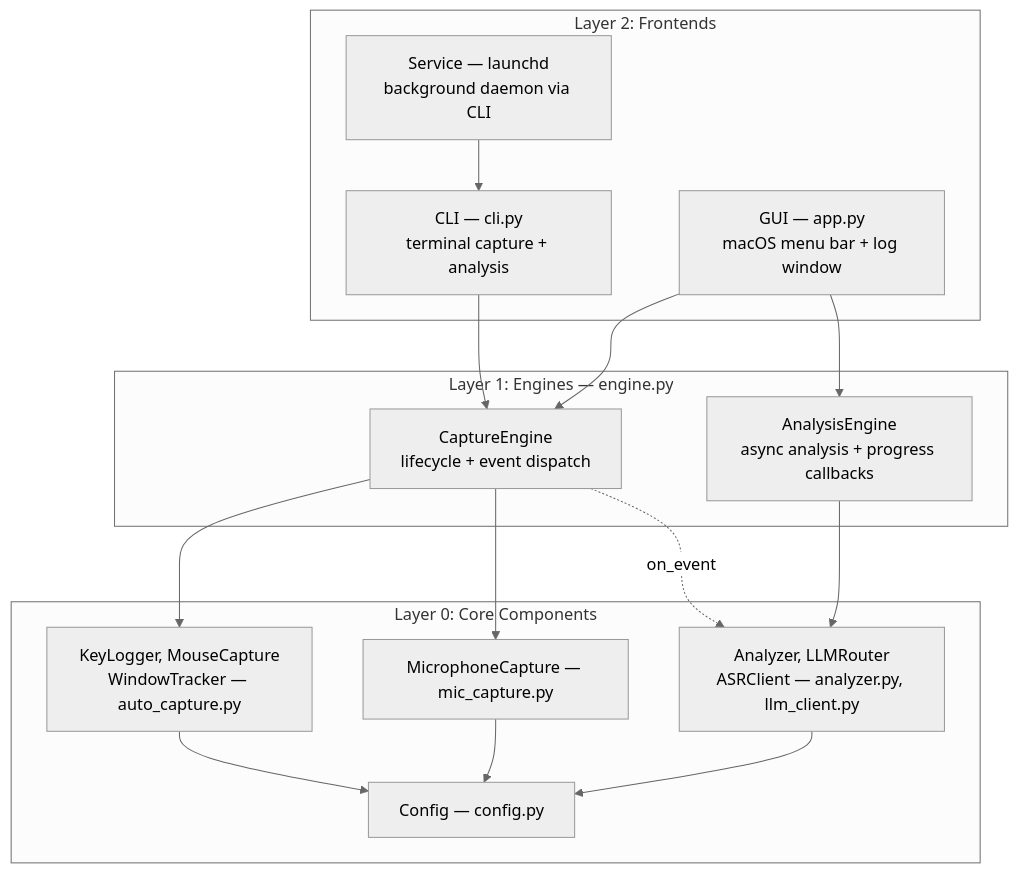
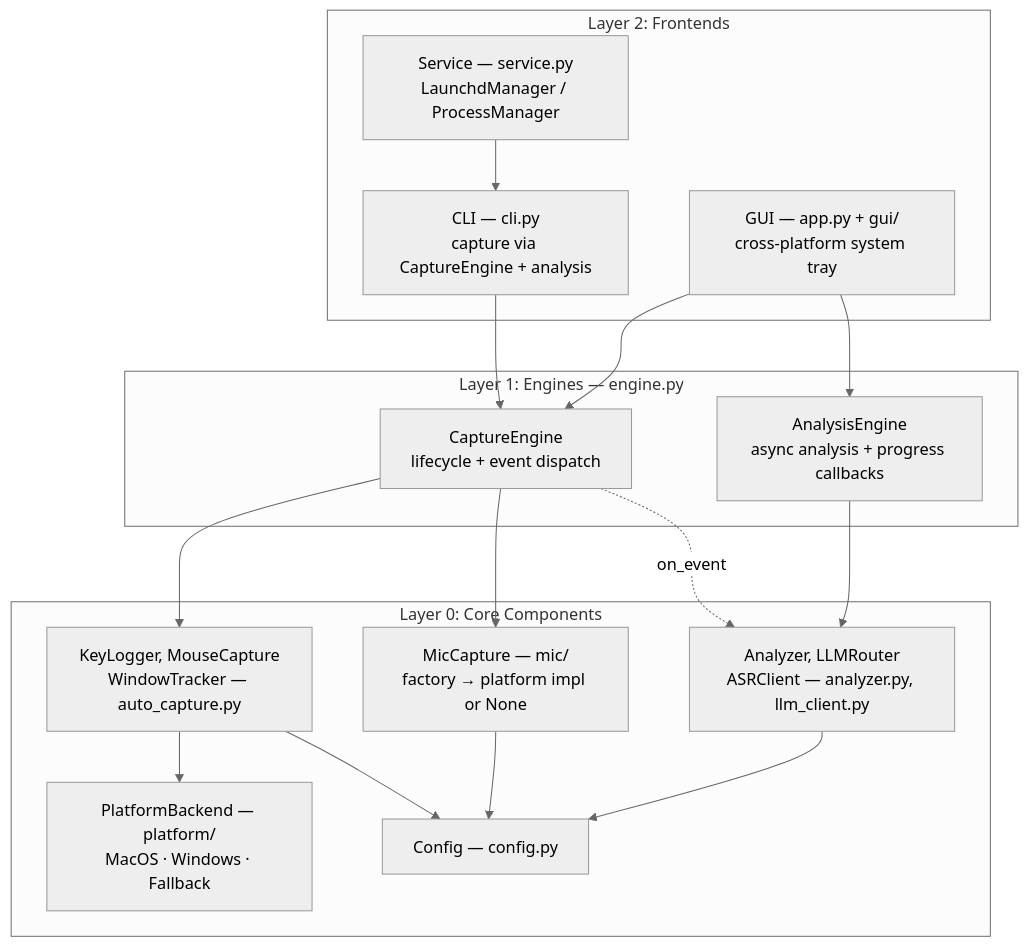
Before and after one commit to daibor/opencapture: the first of 3 diagrams in docs/specs/architecture.md, drawn with Mermaid (neutral theme). The commit also changed other lines of this file and 4 other files, not shown here.

First line of the commit message:
feat: enhance documentation and platform support for OpenCapture

````diff
--- a/docs/specs/architecture.md
+++ b/docs/specs/architecture.md
@@ -9,28 +9,30 @@
 ```mermaid
 graph TD
     subgraph "Layer 2: Frontends"
-        CLI["CLI — cli.py<br/>terminal capture + analysis"]
-        GUI["GUI — app.py<br/>macOS menu bar + log window"]
-        SVC["Service — launchd<br/>background daemon via CLI"]
+        CLI["CLI — cli.py<br/>capture via CaptureEngine + analysis"]
+        GUI["GUI — app.py + gui/<br/>cross-platform system tray"]
+        SVC["Service — service.py<br/>LaunchdManager / ProcessManager"]
     end
 
     subgraph "Layer 1: Engines — engine.py"
         CE["CaptureEngine<br/>lifecycle + event dispatch"]
         AE["AnalysisEngine<br/>async analysis + progress callbacks"]
     end
 
     subgraph "Layer 0: Core Components"
+        PLT["PlatformBackend — platform/<br/>MacOS · Windows · Fallback"]
         CAP["KeyLogger, MouseCapture<br/>WindowTracker — auto_capture.py"]
-        MIC["MicrophoneCapture — mic_capture.py"]
+        MIC["MicCapture — mic/<br/>factory → platform impl or None"]
         ANA["Analyzer, LLMRouter<br/>ASRClient — analyzer.py, llm_client.py"]
         CFG["Config — config.py"]
+        CAP --> PLT
     end
 
     CLI --> CE
     GUI --> CE & AE
     SVC --> CLI
     CE --> CAP & MIC
     AE --> ANA
     CE -.->|on_event| ANA
     CAP & MIC & ANA --> CFG
 ```
````
